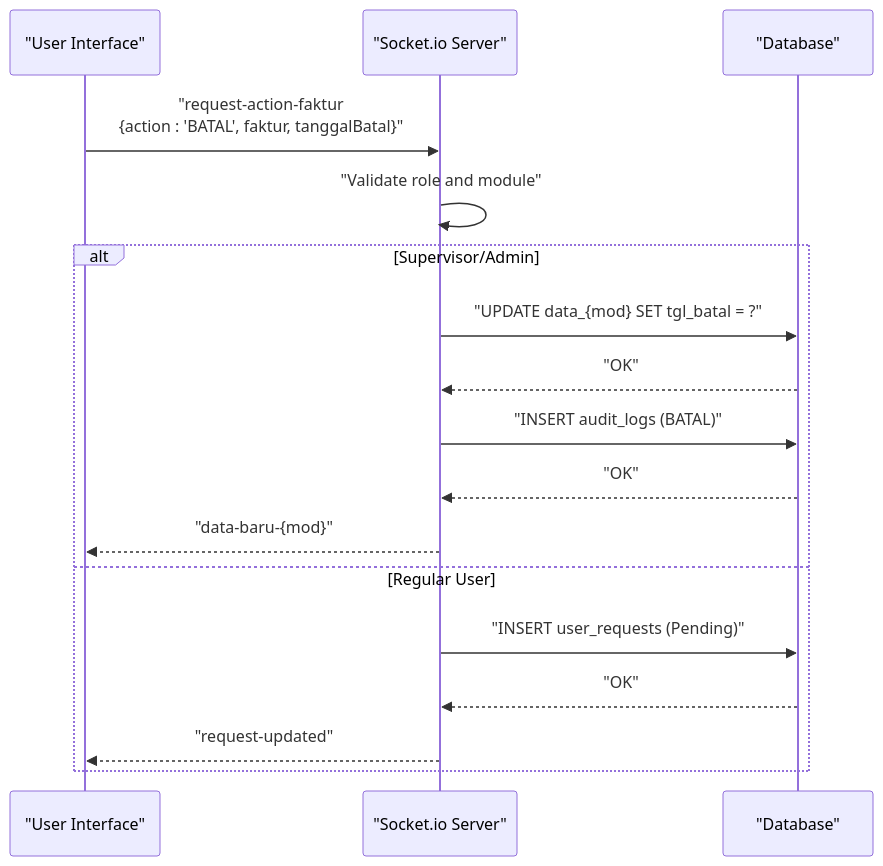
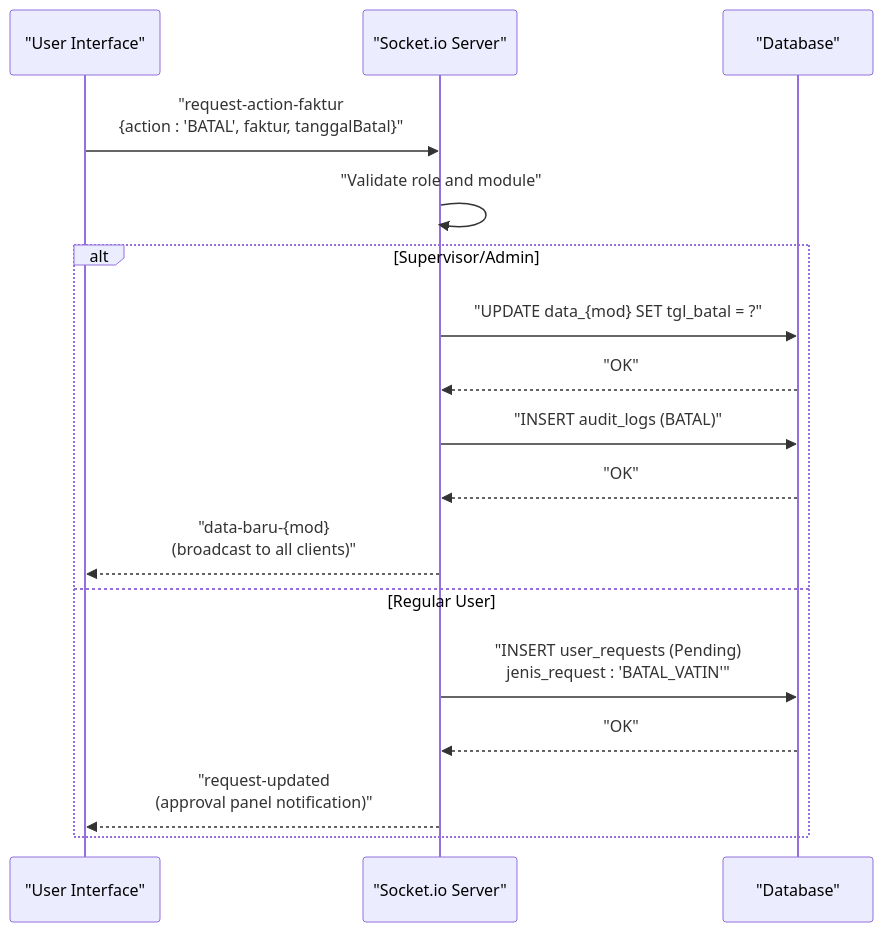
Before and after one commit to rendisiagian/TDS_by_RENDISIAGIAN: the third of 8 diagrams in .qoder/repowiki/en/content/Advanced Features/Real-time Processing & Socket.io Integration.md, drawn with Mermaid. The commit also changed other lines of this file and 55 other files, not shown here.

````diff
--- a/.qoder/repowiki/en/content/Advanced Features/Real-time Processing & Socket.io Integration.md
+++ b/.qoder/repowiki/en/content/Advanced Features/Real-time Processing & Socket.io Integration.md
@@ -157,19 +160,19 @@
 ```mermaid
 sequenceDiagram
 participant UI as "User Interface"
 participant Sock as "Socket.io Server"
 participant DB as "Database"
 UI->>Sock : "request-action-faktur<br/>{action : 'BATAL', faktur, tanggalBatal}"
 Sock->>Sock : "Validate role and module"
 alt Supervisor/Admin
 Sock->>DB : "UPDATE data_{mod} SET tgl_batal = ?"
 DB-->>Sock : "OK"
 Sock->>DB : "INSERT audit_logs (BATAL)"
 DB-->>Sock : "OK"
-Sock-->>UI : "data-baru-{mod}"
+Sock-->>UI : "data-baru-{mod}<br/>(broadcast to all clients)"
 else Regular User
-Sock->>DB : "INSERT user_requests (Pending)"
+Sock->>DB : "INSERT user_requests (Pending)<br/>jenis_request : 'BATAL_VATIN'"
 DB-->>Sock : "OK"
-Sock-->>UI : "request-updated"
+Sock-->>UI : "request-updated<br/>(approval panel notification)"
 end
 ```
````
